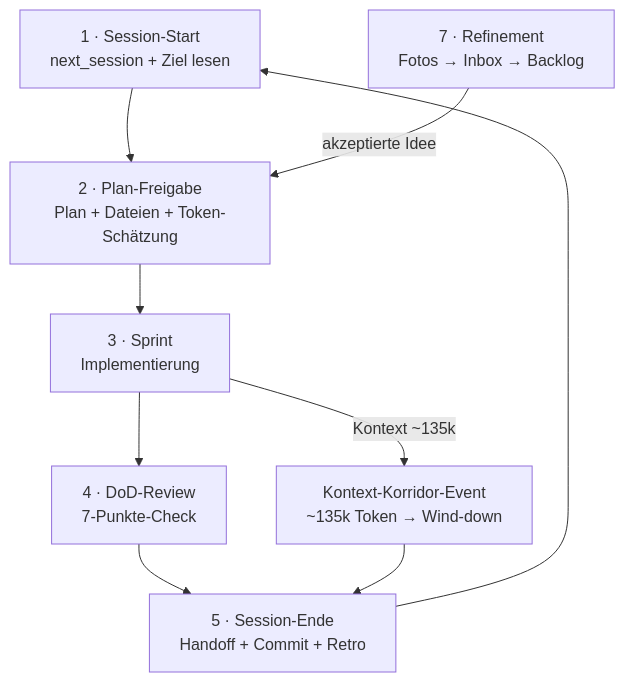
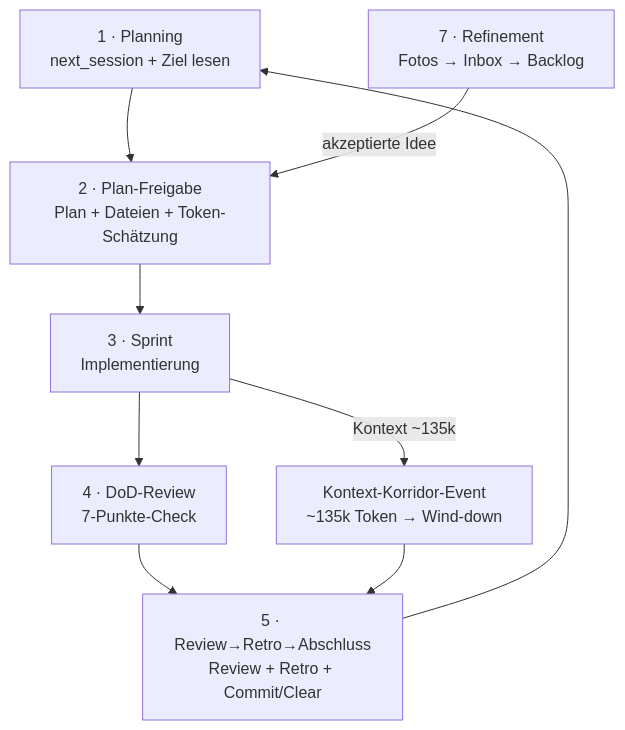
Before and after one commit to WolfgangKoe/Arbiter: the second of 2 diagrams in docs/governance/operating_model.md, drawn with Mermaid. The commit also changed other lines of this file, not shown here.

First line of the commit message:
Rename Events: Planning + Review/Retro/Abschluss; add session-close routine

````diff
--- a/docs/governance/operating_model.md
+++ b/docs/governance/operating_model.md
@@ -146,19 +150,19 @@
 ```mermaid
 graph TD
-    SS[1 · Session-Start<br/>next_session + Ziel lesen]
+    SS[1 · Planning<br/>next_session + Ziel lesen]
     PF[2 · Plan-Freigabe<br/>Plan + Dateien + Token-Schätzung]
     SP[3 · Sprint<br/>Implementierung]
     DOD[4 · DoD-Review<br/>7-Punkte-Check]
-    SE[5 · Session-Ende<br/>Handoff + Commit + Retro]
+    SE[5 · Review→Retro→Abschluss<br/>Review + Retro + Commit/Clear]
     KC[Kontext-Korridor-Event<br/>~135k Token → Wind-down]
     RE[7 · Refinement<br/>Fotos → Inbox → Backlog]
 
     SS --> PF
     PF --> SP
     SP --> DOD
     DOD --> SE
     SE --> SS
     SP -->|Kontext ~135k| KC
     KC --> SE
     RE -->|akzeptierte Idee| PF
 ```
````
